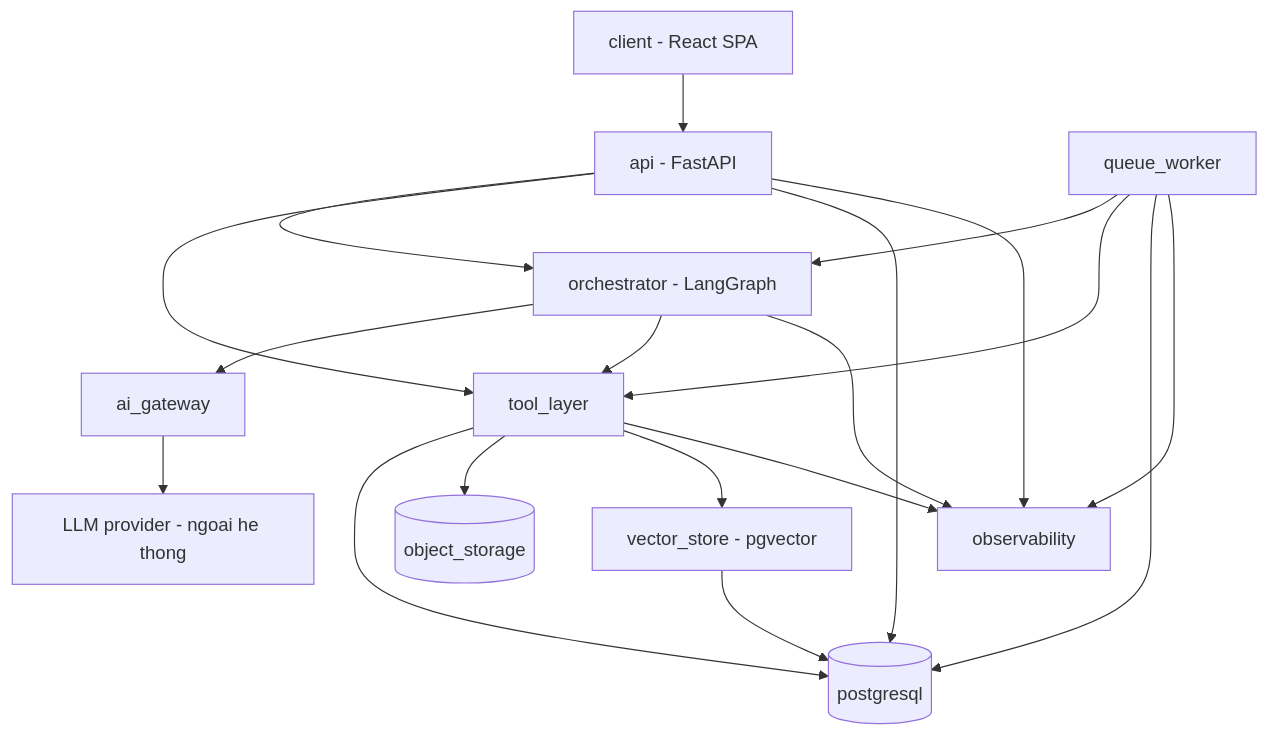
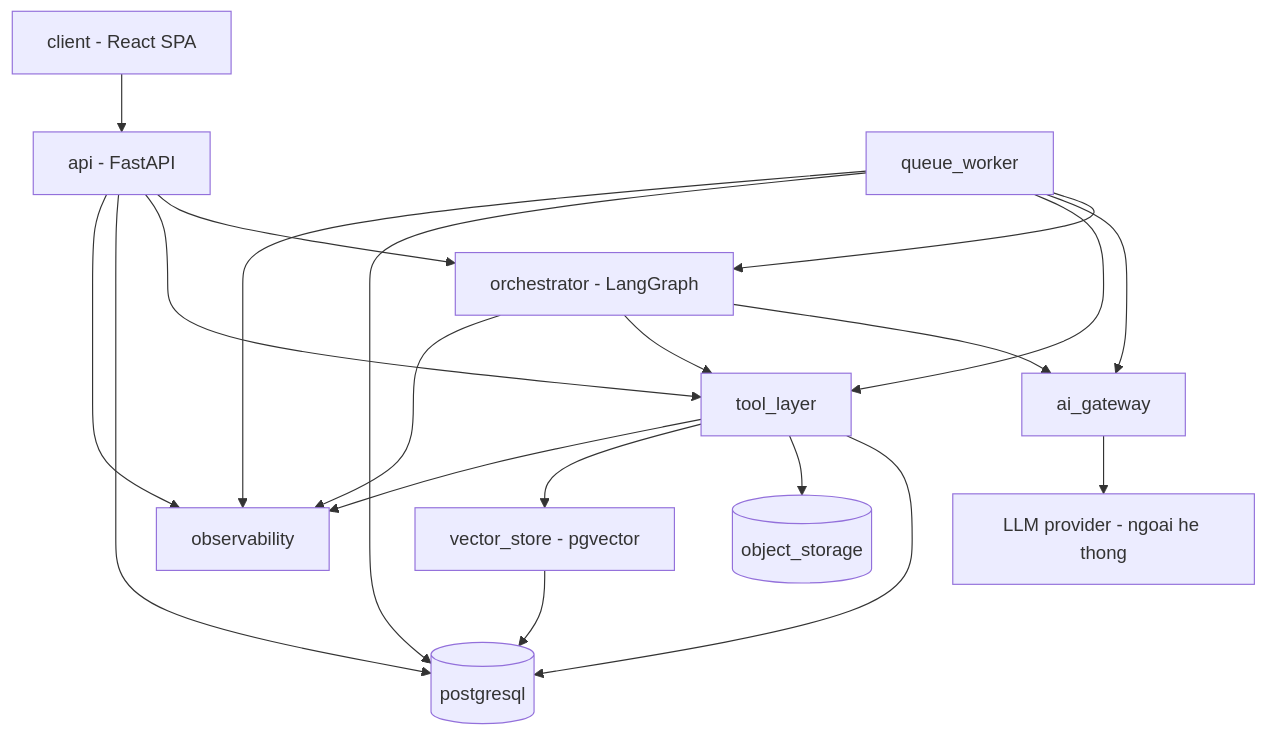
Before and after one commit to CongDuc02/AdminServiceDeskAgent: the first of 11 diagrams in docs/design/02-architecture.md, drawn with Mermaid. The commit also changed other lines of this file and 12 other files, not shown here.

````diff
--- a/docs/design/02-architecture.md
+++ b/docs/design/02-architecture.md
@@ -115,33 +115,34 @@
 ```mermaid
 graph TD
     Client[client - React SPA]
     API[api - FastAPI]
     AIGateway[ai_gateway]
     Orchestrator[orchestrator - LangGraph]
     ToolLayer[tool_layer]
     VectorStore[vector_store - pgvector]
     PostgreSQL[(postgresql)]
     ObjectStorage[(object_storage)]
     Worker[queue_worker]
     Observability[observability]
     LLMProvider[LLM provider - ngoai he thong]
 
     Client --> API
     API --> Orchestrator
     API --> ToolLayer
     API --> PostgreSQL
     Orchestrator --> AIGateway
     Orchestrator --> ToolLayer
     Worker --> Orchestrator
+    Worker --> AIGateway
     Worker --> ToolLayer
     Worker --> PostgreSQL
     ToolLayer --> PostgreSQL
     ToolLayer --> ObjectStorage
     ToolLayer --> VectorStore
     VectorStore --> PostgreSQL
     AIGateway --> LLMProvider
     API --> Observability
     Orchestrator --> Observability
     ToolLayer --> Observability
     Worker --> Observability
 ```
````
